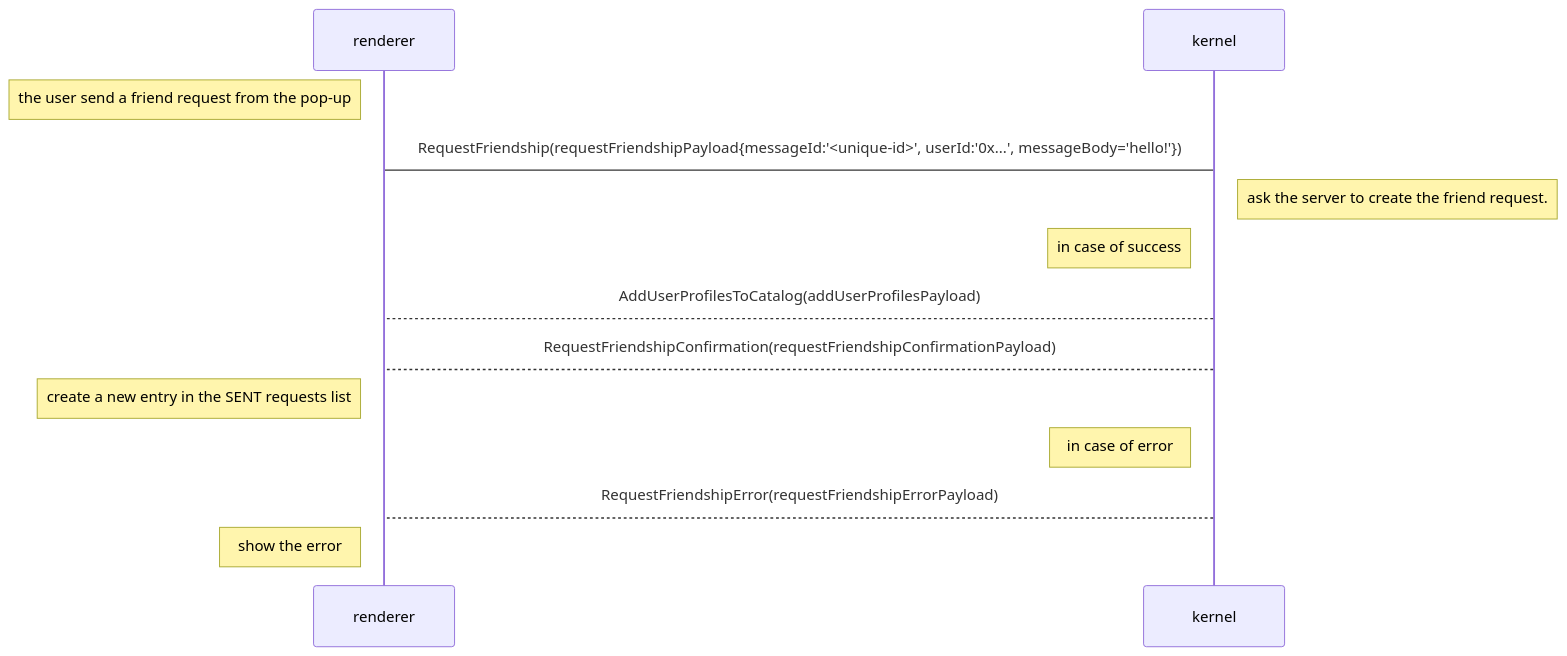
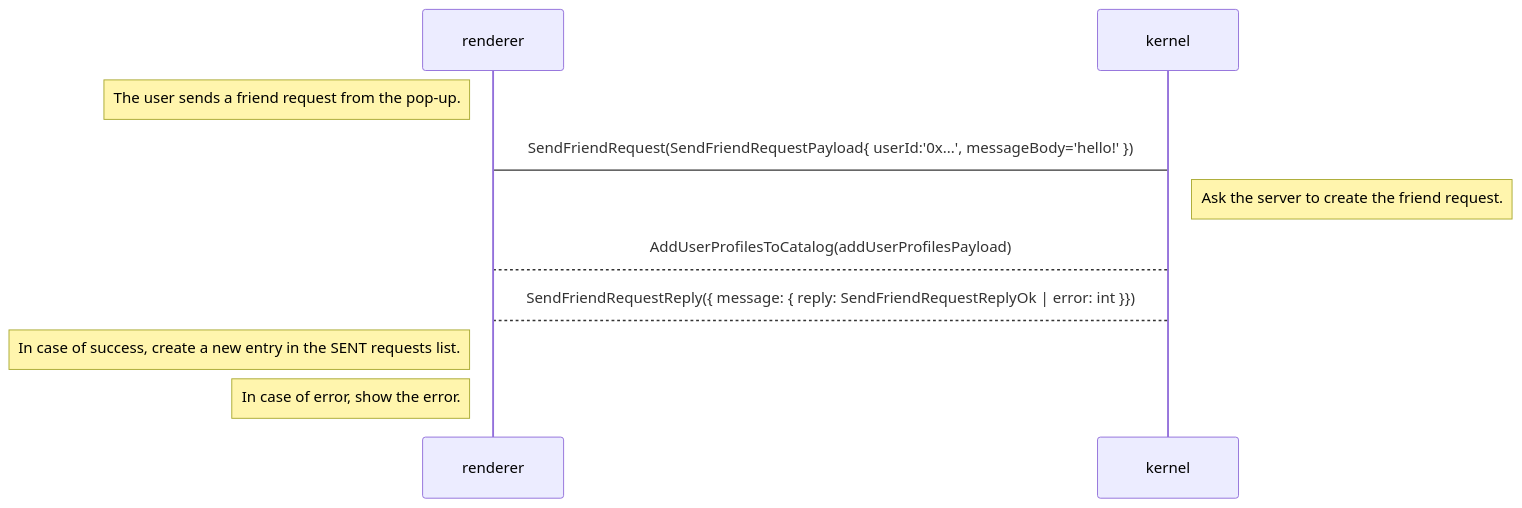
Before and after one commit to decentraland/adr: the first of 9 diagrams in content/ADR-137-new-friend-request.md, drawn with Mermaid. The commit also changed other lines of this file, not shown here.

````diff
--- a/content/ADR-137-new-friend-request.md
+++ b/content/ADR-137-new-friend-request.md
@@ -41,16 +41,13 @@
 ```mermaid
 sequenceDiagram
   participant renderer
   participant kernel
   
-note left of renderer: the user send a friend request from the pop-up
-renderer->kernel: RequestFriendship(requestFriendshipPayload{messageId:'<unique-id>', userId:'0x...', messageBody='hello!'})
-note right of kernel: ask the server to create the friend request.
-note left of kernel: in case of success
+note left of renderer: The user sends a friend request from the pop-up.
+renderer->kernel: SendFriendRequest(SendFriendRequestPayload{ userId:'0x...', messageBody='hello!' })
+note right of kernel: Ask the server to create the friend request.
 kernel-->renderer: AddUserProfilesToCatalog(addUserProfilesPayload)
-kernel-->renderer: RequestFriendshipConfirmation(requestFriendshipConfirmationPayload)
-note left of renderer: create a new entry in the SENT requests list
-note left of kernel: in case of error
-kernel-->renderer: RequestFriendshipError(requestFriendshipErrorPayload)
-note left of renderer: show the error
+kernel-->renderer: SendFriendRequestReply({ message: { reply: SendFriendRequestReplyOk | error: int }})
+note left of renderer: In case of success, create a new entry in the SENT requests list.
+note left of renderer: In case of error, show the error.
 ```
````
